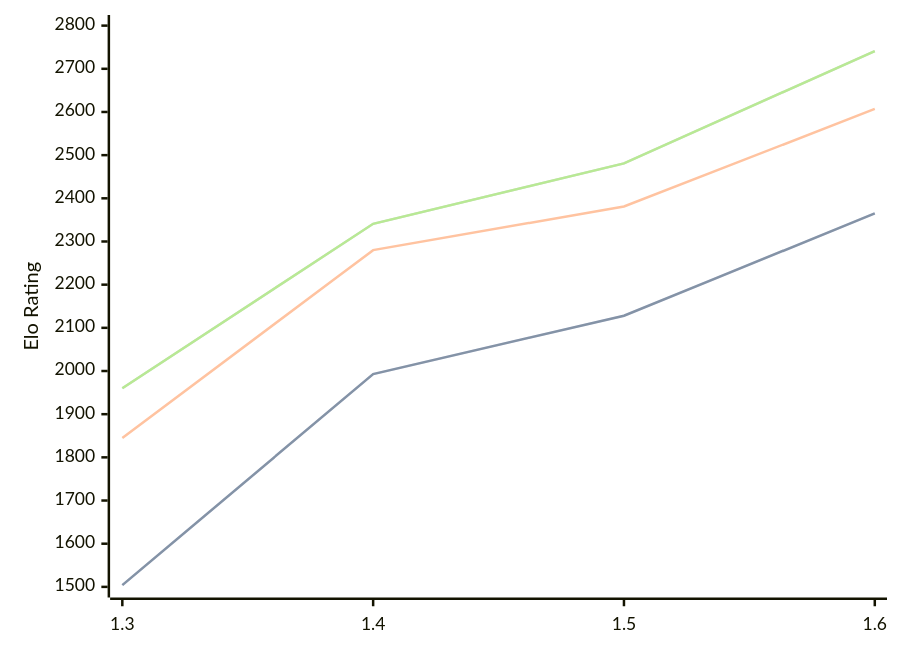
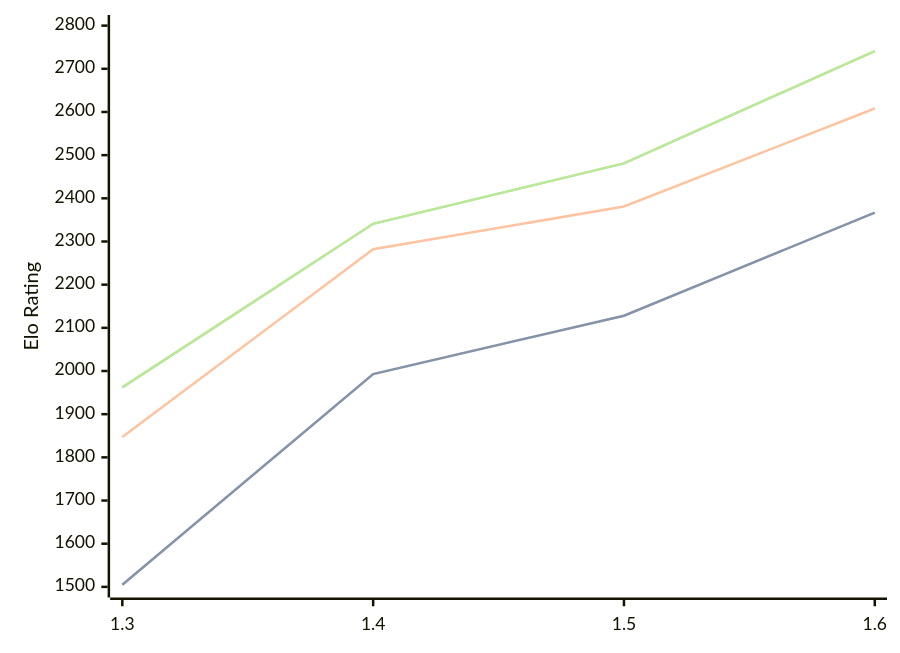
Before and after one commit to computer-chess-index/cci: the diagram in engines/Facon.md, drawn with Mermaid. The commit also changed other lines of this file, not shown here.

Commit message:
Update CCI Ratings (ELO VLTC) - 2026-07-25

````diff
--- a/engines/Facon.md
+++ b/engines/Facon.md
@@ -37,11 +37,11 @@
 ```mermaid
 %%{init: {"theme":"base","themeVariables":{"seriesColors:['#a3a3a3','#222221','#faa371']}}}%%
 xychart-beta
   x-axis ["1.3", "1.4", "1.5", "1.6"]
   y-axis "Elo Rating" 1500 --> 2800
-  line "STC (8.0+0.08s)" [1504, 1993, 2128, 2365]
-  line "STC (8.0+0.08s)" [1504, 1993, 2128, 2365]
-  line "LTC (60.0+0.60s)" [1845, 2280, 2381, 2607]
-  line "VLTC (2m24s+1.12s)" [1960, 2341, 2481, 2741]
-  line "VLTC (2m24s+1.12s)" [1960, 2341, 2481, 2741]
+  line "STC (8.0+0.08s)" [1505, 1993, 2128, 2367]
+  line "STC (8.0+0.08s)" [1505, 1993, 2128, 2367]
+  line "LTC (60.0+0.60s)" [1847, 2282, 2381, 2608]
+  line "VLTC (2m24s+1.12s)" [1962, 2341, 2481, 2741]
+  line "VLTC (2m24s+1.12s)" [1962, 2341, 2481, 2741]
 ```
````
